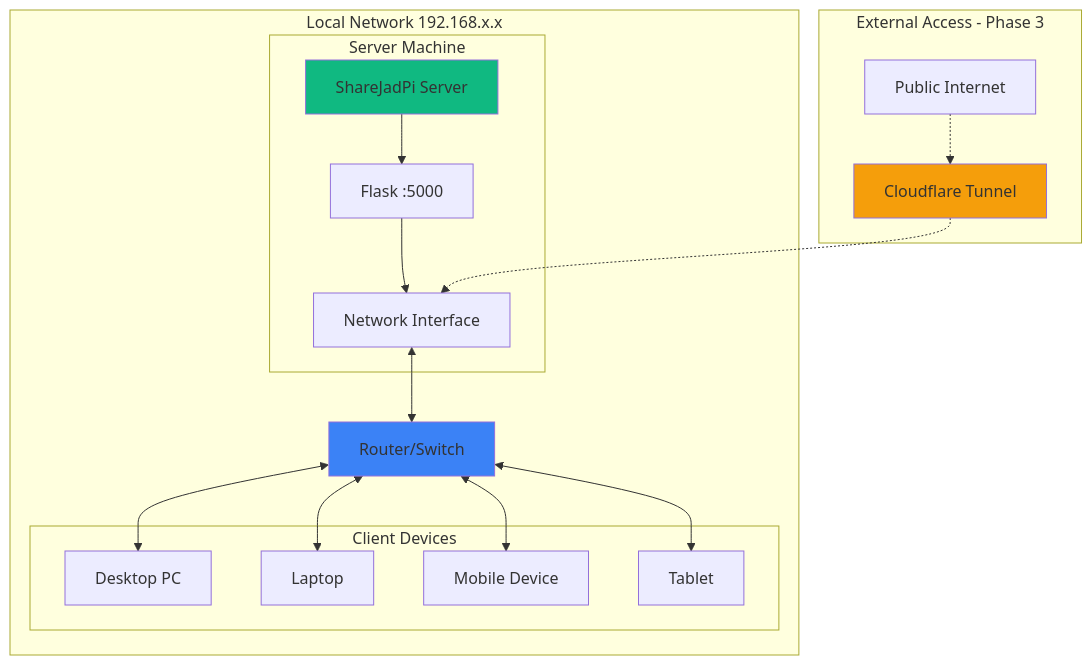
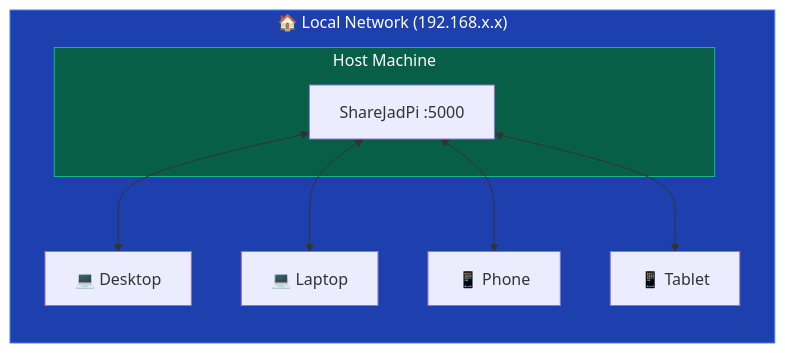
One commit to hetcharusat/sharejadpi changed the seventh of 13 diagrams in SGP_phase1/docs/architecture.md. Above: the diagram before and after it, drawn with Mermaid. The commit also changed other lines of this file and 5 other files, not shown here.

````diff
--- a/SGP_phase1/docs/architecture.md
+++ b/SGP_phase1/docs/architecture.md
@@ -145,34 +300,21 @@
 ```mermaid
-graph TB
-    subgraph "Local Network 192.168.x.x"
-        subgraph "Server Machine"
-            A[ShareJadPi Server]
-            A --> B[Flask :5000]
-            B --> C[Network Interface]
+flowchart LR
+    subgraph Network["🏠 Local Network (192.168.x.x)"]
+        subgraph Host["Host Machine"]
+            Server["ShareJadPi :5000"]
         end
         
-        subgraph "Client Devices"
-            D1[Desktop PC]
-            D2[Laptop]
-            D3[Mobile Device]
-            D4[Tablet]
-        end
-        
-        C <--> E[Router/Switch]
-        E <--> D1
-        E <--> D2
-        E <--> D3
-        E <--> D4
+        Desktop["💻 Desktop"]
+        Laptop["💻 Laptop"]
+        Phone["📱 Phone"]
+        Tablet["📱 Tablet"]
     end
     
-    subgraph "External Access - Phase 3"
-        F[Cloudflare Tunnel]
-        G[Public Internet]
-        F -.-> C
-        G -.-> F
-    end
+    Server <--> Desktop
+    Server <--> Laptop
+    Server <--> Phone
+    Server <--> Tablet
     
-    style A fill:#10b981
-    style E fill:#3b82f6
-    style F fill:#f59e0b
+    style Network fill:#1e40af,stroke:#3b82f6,color:#fff
+    style Host fill:#065f46,stroke:#10b981,color:#fff
 ```
````
